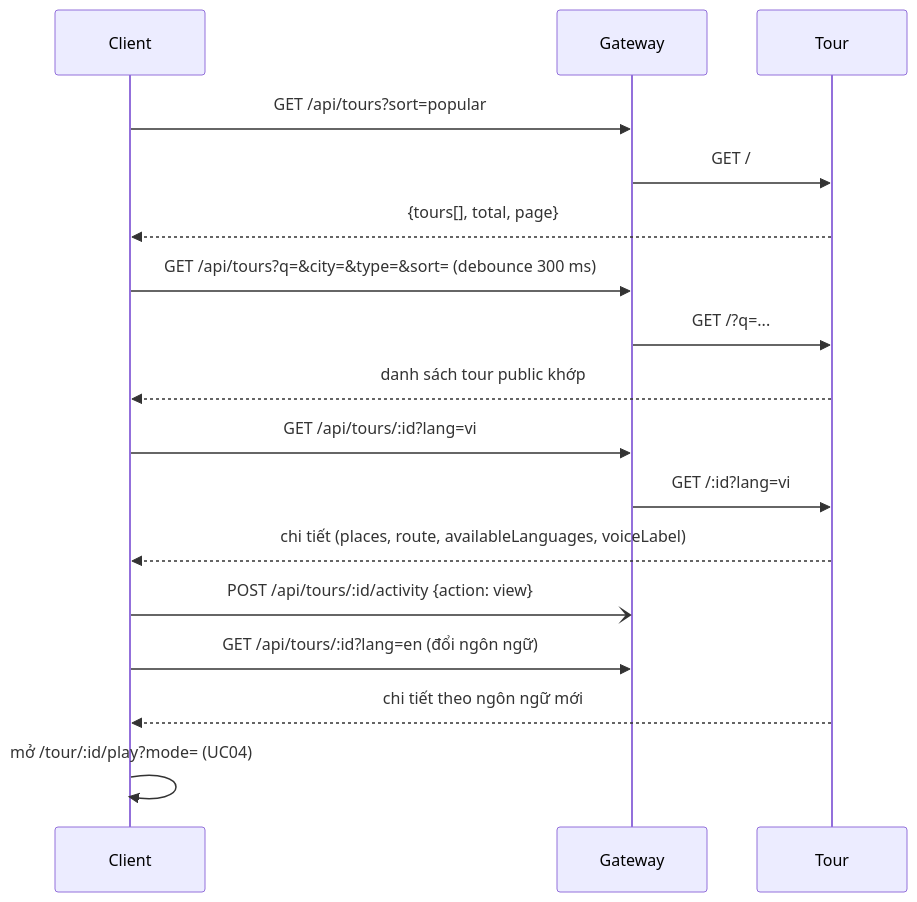
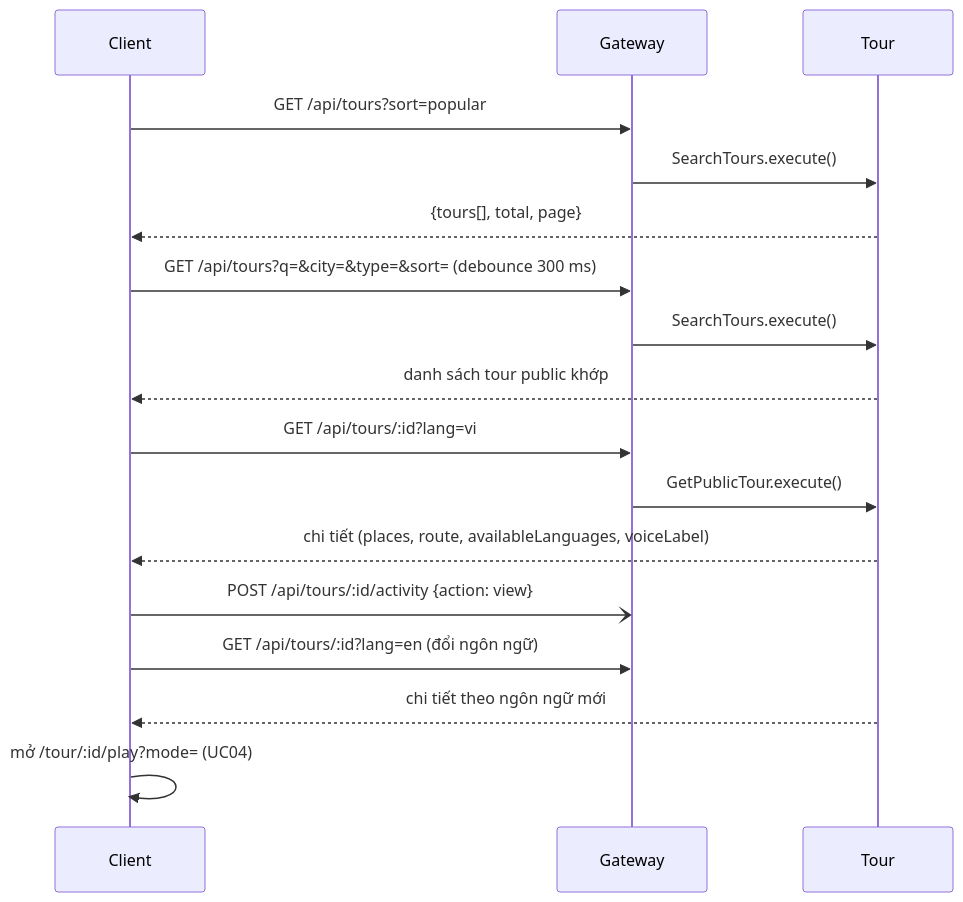
The diagram in docs/use case/lam-truoc/UC02-tim-va-xem-tour.md (Tran-Gia-Phuc/GeoSound), drawn with Mermaid before and after one commit. The commit also changed other lines of this file and 23 other files, not shown here.

````diff
--- a/docs/use case/lam-truoc/UC02-tim-va-xem-tour.md
+++ b/docs/use case/lam-truoc/UC02-tim-va-xem-tour.md
@@ -113,19 +137,19 @@
 ```mermaid
 sequenceDiagram
     participant Client
     participant Gateway
     participant Tour
     Client->>Gateway: GET /api/tours?sort=popular
-    Gateway->>Tour: GET /
+    Gateway->>Tour: SearchTours.execute()
     Tour-->>Client: {tours[], total, page}
     Client->>Gateway: GET /api/tours?q=&city=&type=&sort= (debounce 300 ms)
-    Gateway->>Tour: GET /?q=...
+    Gateway->>Tour: SearchTours.execute()
     Tour-->>Client: danh sách tour public khớp
     Client->>Gateway: GET /api/tours/:id?lang=vi
-    Gateway->>Tour: GET /:id?lang=vi
+    Gateway->>Tour: GetPublicTour.execute()
     Tour-->>Client: chi tiết (places, route, availableLanguages, voiceLabel)
     Client-)Gateway: POST /api/tours/:id/activity {action: view}
     Client->>Gateway: GET /api/tours/:id?lang=en (đổi ngôn ngữ)
     Tour-->>Client: chi tiết theo ngôn ngữ mới
     Client->>Client: mở /tour/:id/play?mode= (UC04)
 ```
````
